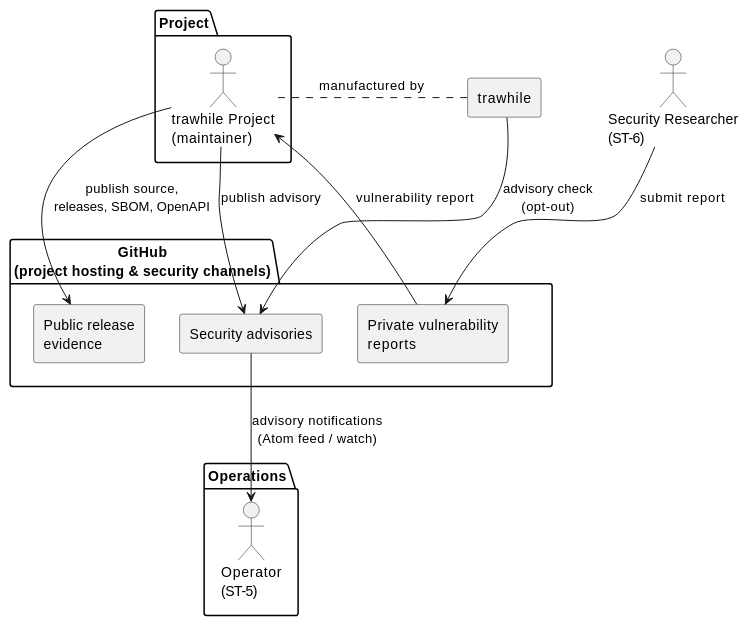
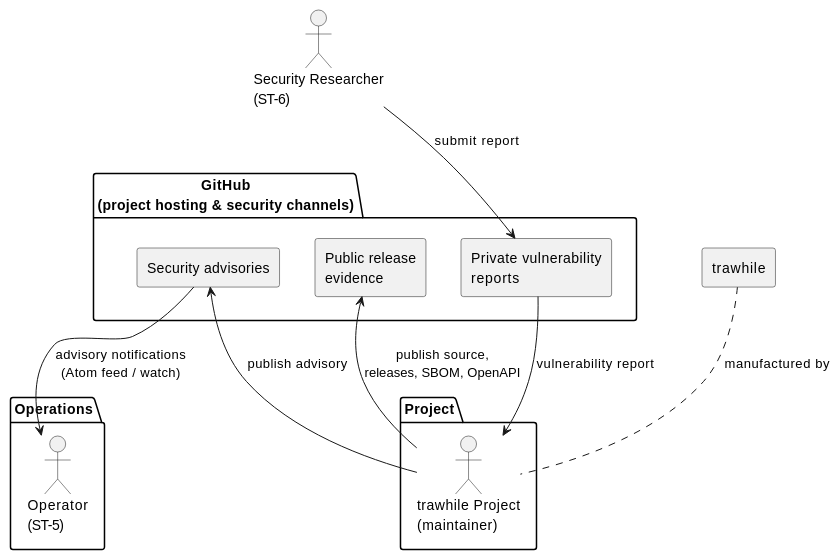
Before and after one commit to uCore7/trawhile: the third of 12 diagrams in docs/requirements-ur.md, drawn with PlantUML. The commit also changed other lines of this file and 6 other files, not shown here.

````diff
--- a/docs/requirements-ur.md
+++ b/docs/requirements-ur.md
@@ -146,39 +146,38 @@
 ```plantuml
 @startuml
 top to bottom direction
 skinparam componentStyle rectangle
 skinparam nodesep 35
 skinparam ranksep 45
 
 actor "Security Researcher\n(ST-6)" as Researcher
 
 package "GitHub\n(project hosting & security channels)" as GitHub {
   component "Public release\nevidence" as GHReleaseEvidence
   component "Private vulnerability\nreports" as GHReports
   component "Security advisories" as GHAdvisories
 }
 
 package "Operations" {
   actor "Operator\n(ST-5)" as Operator
 }
 
 package "Project" {
   actor "trawhile Project\n(maintainer)" as Maintainer
 }
 
 rectangle "trawhile" as Trawhile
 
 Researcher -[hidden]down- GitHub
 GitHub -[hidden]down- Operator
 Operator -[hidden]down- Maintainer
 Maintainer -[hidden]down- Trawhile
 
 Researcher --> GHReports : submit report
 GHReports --> Maintainer : vulnerability report
 Maintainer --> GHReleaseEvidence : publish source,\nreleases, SBOM, OpenAPI
 Maintainer --> GHAdvisories : publish advisory
 GHAdvisories --> Operator : advisory notifications\n(Atom feed / watch)
-Trawhile --> GHAdvisories : advisory check\n(opt-out)
 Trawhile .. Maintainer : manufactured by
 @enduml
 ```
````
